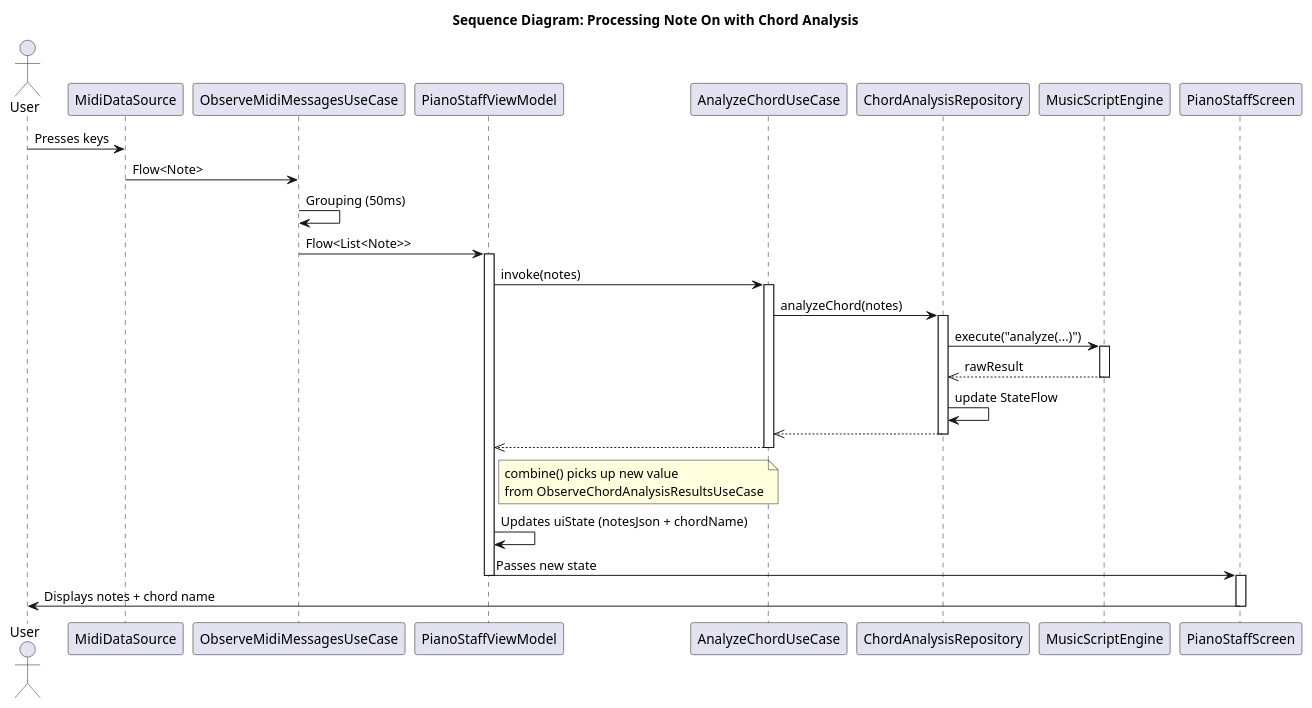
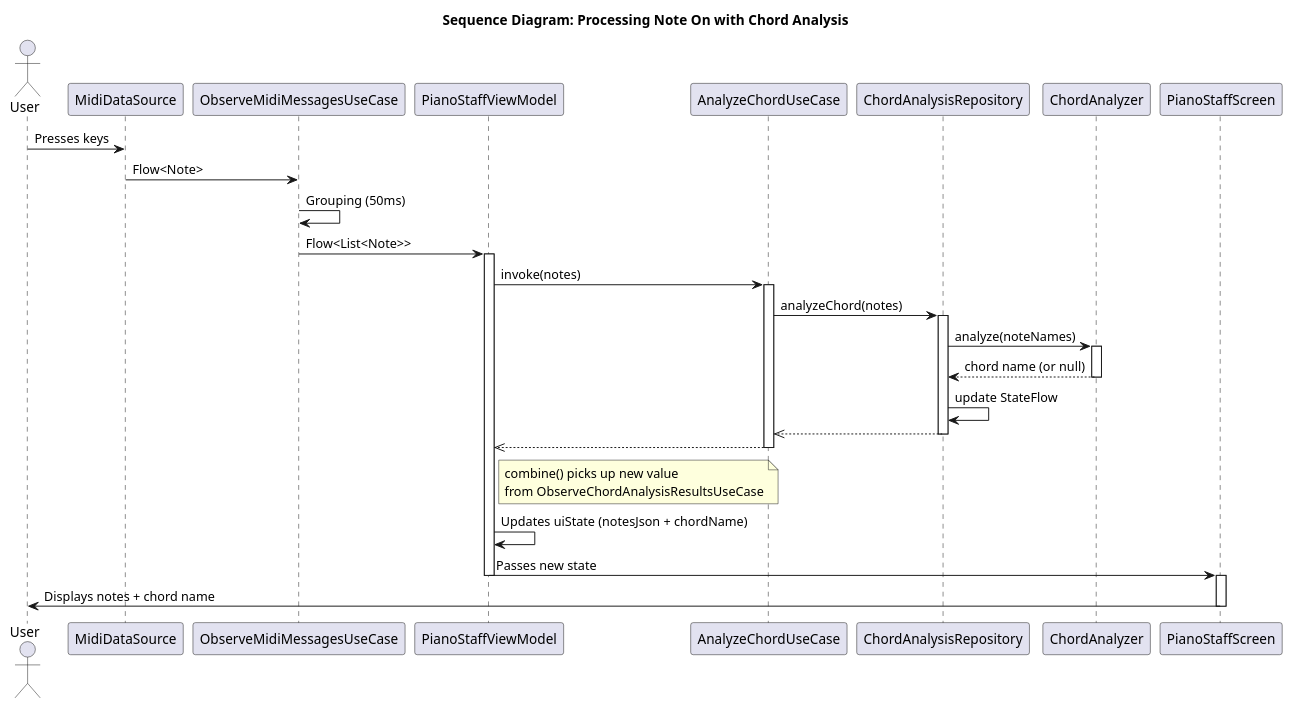
The eighth of 10 diagrams in docs/en/specs/MIDI_MESSAGE_PROCESSING.md (astrizhachuk/PianoFlow), drawn with PlantUML before and after one commit. The commit also changed other lines of this file and 30 other files, not shown here.

````diff
--- a/docs/en/specs/MIDI_MESSAGE_PROCESSING.md
+++ b/docs/en/specs/MIDI_MESSAGE_PROCESSING.md
@@ -383,45 +418,45 @@
 ```plantuml
 @startuml
 title Sequence Diagram: Processing Note On with Chord Analysis
 
 actor User as User
 participant "MidiDataSource" as DS
 participant "ObserveMidiMessagesUseCase" as UC
 participant "PianoStaffViewModel" as VM
 participant "AnalyzeChordUseCase" as AnalyzeUC
 participant "ChordAnalysisRepository" as Repo
-participant "MusicScriptEngine" as JS
+participant "ChordAnalyzer" as Analyzer
 participant "PianoStaffScreen" as Screen
 
 User -> DS : Presses keys
 DS -> UC : Flow<Note>
 UC -> UC : Grouping (50ms)
 UC -> VM : Flow<List<Note>>
 activate VM
 
 VM -> AnalyzeUC : invoke(notes)
 activate AnalyzeUC
 AnalyzeUC -> Repo : analyzeChord(notes)
 activate Repo
-Repo -> JS : execute("analyze(...)")
-activate JS
-JS -->> Repo : rawResult
-deactivate JS
+Repo -> Analyzer : analyze(noteNames)
+activate Analyzer
+Analyzer --> Repo : chord name (or null)
+deactivate Analyzer
 Repo -> Repo : update StateFlow
 Repo -->> AnalyzeUC
 deactivate Repo
 AnalyzeUC -->> VM
 deactivate AnalyzeUC
 
 note right of VM: combine() picks up new value\nfrom ObserveChordAnalysisResultsUseCase
 
 VM -> VM : Updates uiState (notesJson + chordName)
 VM -> Screen : Passes new state
 deactivate VM
 activate Screen
 
 Screen -> User : Displays notes + chord name
 deactivate Screen
 
 @enduml
 ```
````
